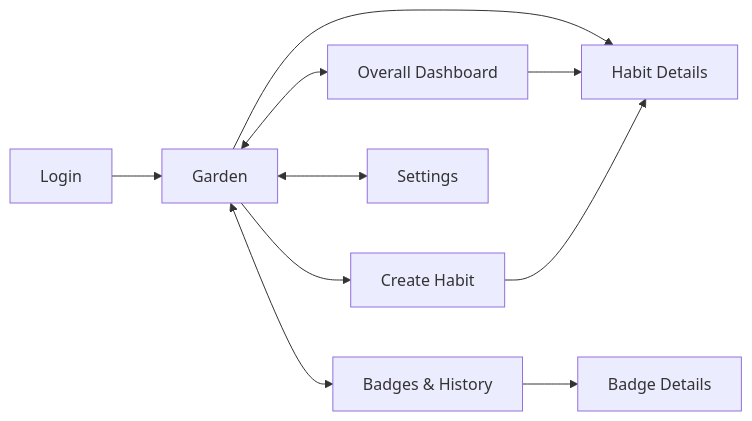
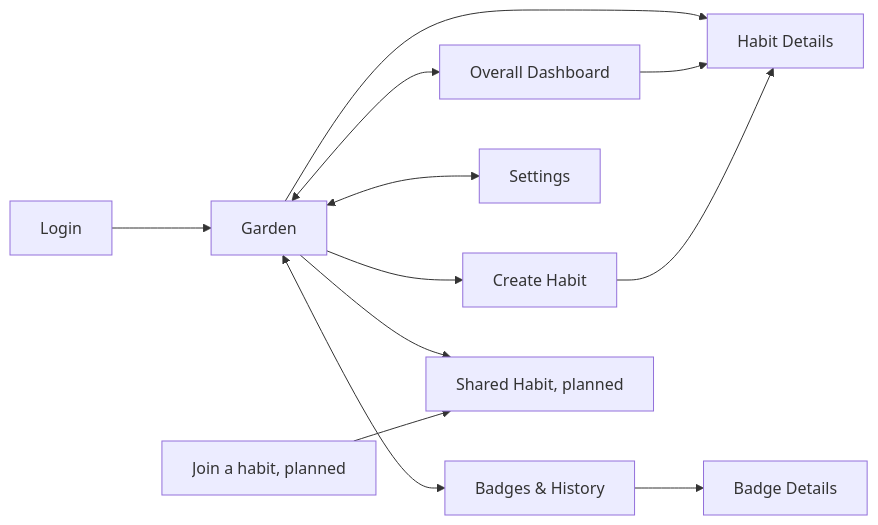
The diagram in docs/frontend/screens.md (VeneratedApotheosis/CS35L-Project-1), drawn with Mermaid before and after one commit. The commit also changed other lines of this file and 3 other files, not shown here.

````diff
--- a/docs/frontend/screens.md
+++ b/docs/frontend/screens.md
@@ -23,12 +24,14 @@
 ```mermaid
 flowchart LR
     Login --> Garden
     Garden <--> Dashboard[Overall Dashboard]
     Garden <--> Badges[Badges & History]
     Garden <--> Settings
     Garden --> Create[Create Habit]
     Garden --> Details[Habit Details]
+    Garden --> Shared[Shared Habit, planned]
+    Join[Join a habit, planned] --> Shared
     Dashboard --> Details
     Create --> Details
     Badges --> BadgeDetails[Badge Details]
 ```
````
